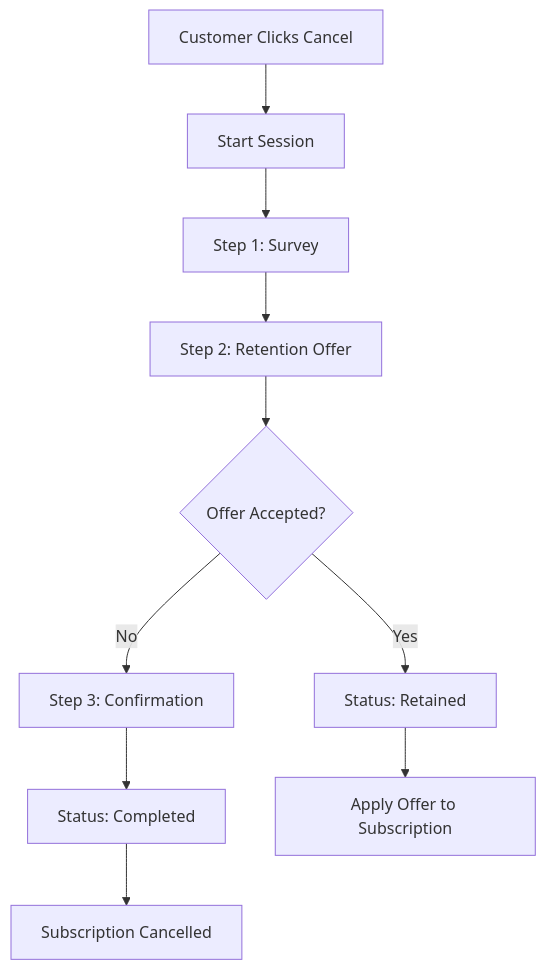
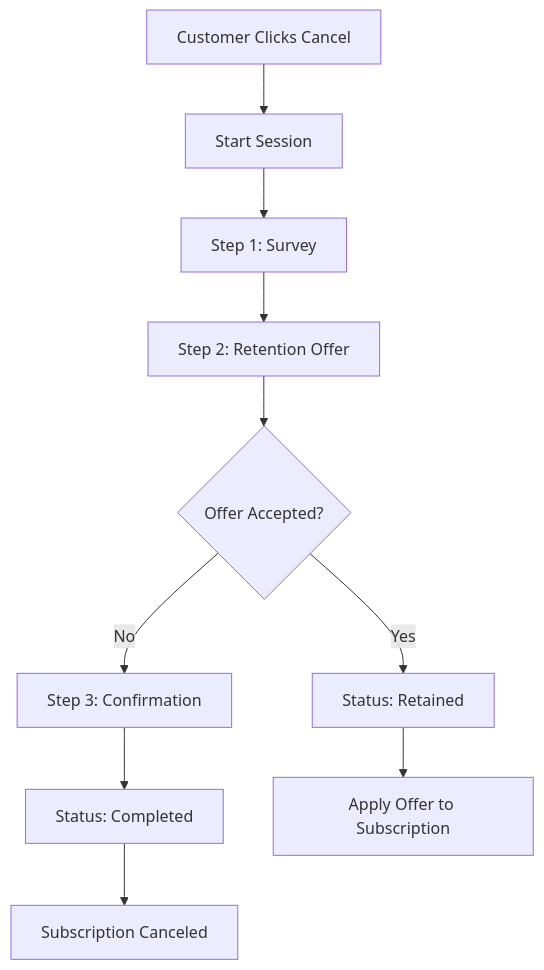
One commit to recurso-dev/docs changed the diagram in advanced/cancel-flows.mdx. Above: the diagram before and after it, drawn with Mermaid. The commit also changed other lines of this file and 35 other files, not shown here.

````diff
--- a/advanced/cancel-flows.mdx
+++ b/advanced/cancel-flows.mdx
@@ -26,12 +26,12 @@
 ```mermaid
 flowchart TD
     A[Customer Clicks Cancel] --> B[Start Session]
     B --> C[Step 1: Survey]
     C --> D[Step 2: Retention Offer]
     D --> E{Offer Accepted?}
     E -->|Yes| F[Status: Retained]
     E -->|No| G[Step 3: Confirmation]
     G --> H[Status: Completed]
-    H --> I[Subscription Cancelled]
+    H --> I[Subscription Canceled]
     F --> J[Apply Offer to Subscription]
 ```
````
